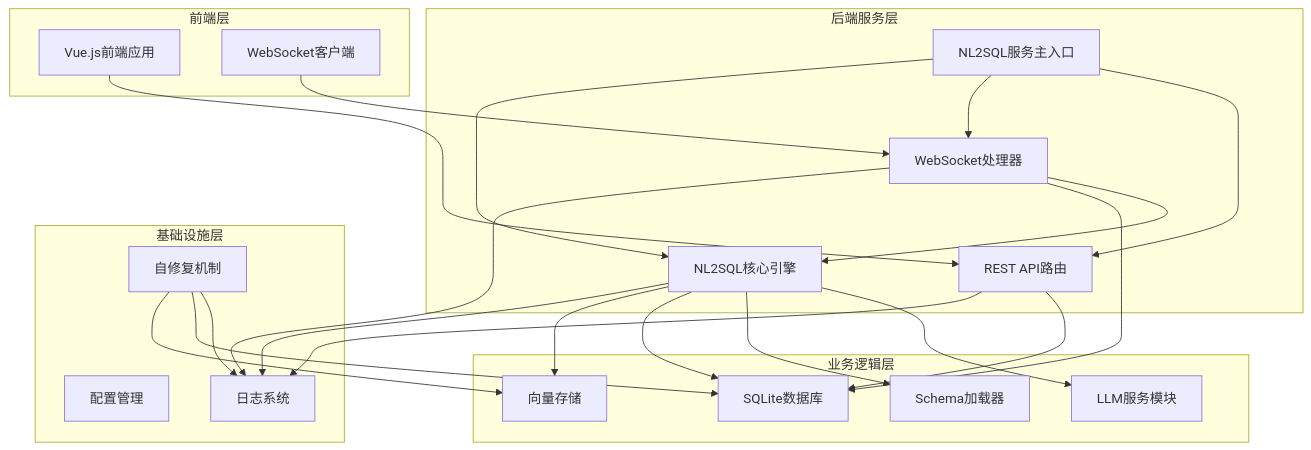
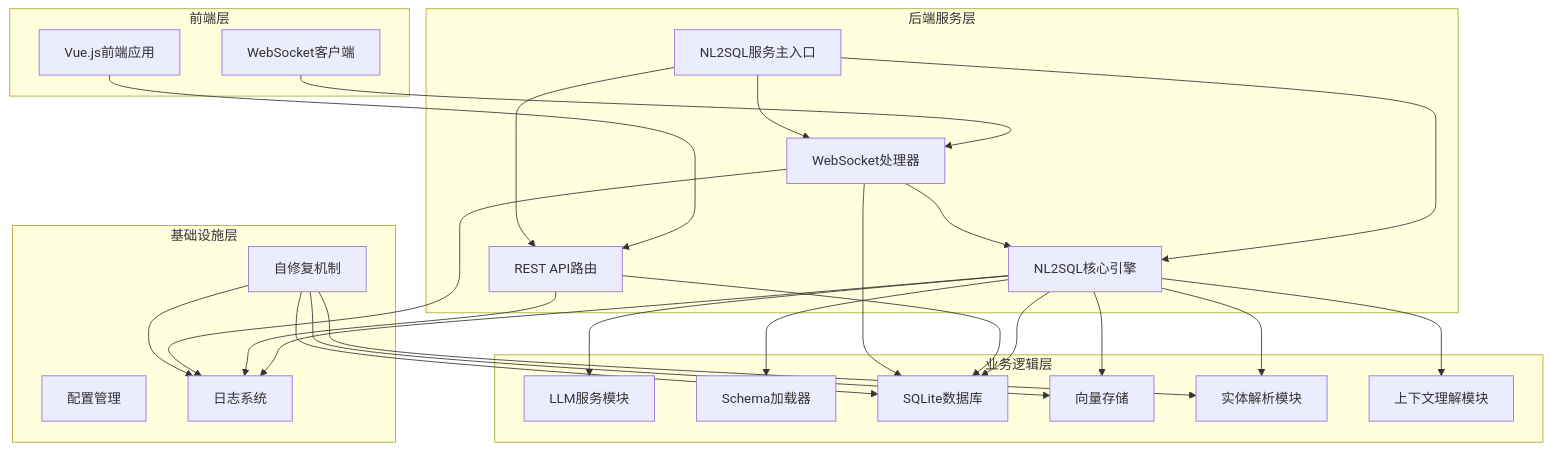
Before and after one commit to HanHuiOnLine/724-office: the first of 12 diagrams in .qoder/repowiki/zh/content/架构设计/NL2SQL系统架构设计.md, drawn with Mermaid. The commit also changed other lines of this file and 14 other files, not shown here.

````diff
--- a/.qoder/repowiki/zh/content/架构设计/NL2SQL系统架构设计.md
+++ b/.qoder/repowiki/zh/content/架构设计/NL2SQL系统架构设计.md
@@ -48,42 +57,47 @@
 ```mermaid
 graph TB
 subgraph "前端层"
 FE[Vue.js前端应用]
 WS[WebSocket客户端]
 end
 subgraph "后端服务层"
 APP[NL2SQL服务主入口]
 ROUTES[REST API路由]
 WS_HANDLER[WebSocket处理器]
 ENGINE[NL2SQL核心引擎]
 end
 subgraph "业务逻辑层"
 LLM[LLM服务模块]
 SCHEMA[Schema加载器]
 DATABASE[SQLite数据库]
 VECTOR[向量存储]
+ENTITIES[实体解析模块]
+CONTEXT[上下文理解模块]
 end
 subgraph "基础设施层"
 CONFIG[配置管理]
 LOGGER[日志系统]
 SELF_REPAIR[自修复机制]
 end
 FE --> ROUTES
 WS --> WS_HANDLER
 APP --> ROUTES
 APP --> WS_HANDLER
 APP --> ENGINE
 ENGINE --> LLM
 ENGINE --> SCHEMA
 ENGINE --> DATABASE
 ENGINE --> VECTOR
+ENGINE --> ENTITIES
+ENGINE --> CONTEXT
 ROUTES --> DATABASE
 WS_HANDLER --> ENGINE
 WS_HANDLER --> DATABASE
 ENGINE --> LOGGER
 ROUTES --> LOGGER
 WS_HANDLER --> LOGGER
 SELF_REPAIR --> LOGGER
 SELF_REPAIR --> DATABASE
 SELF_REPAIR --> VECTOR
+SELF_REPAIR --> ENTITIES
 ```
````
